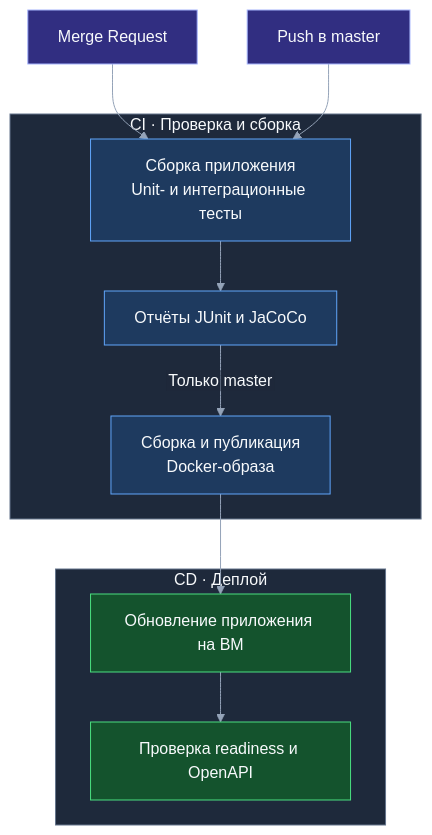
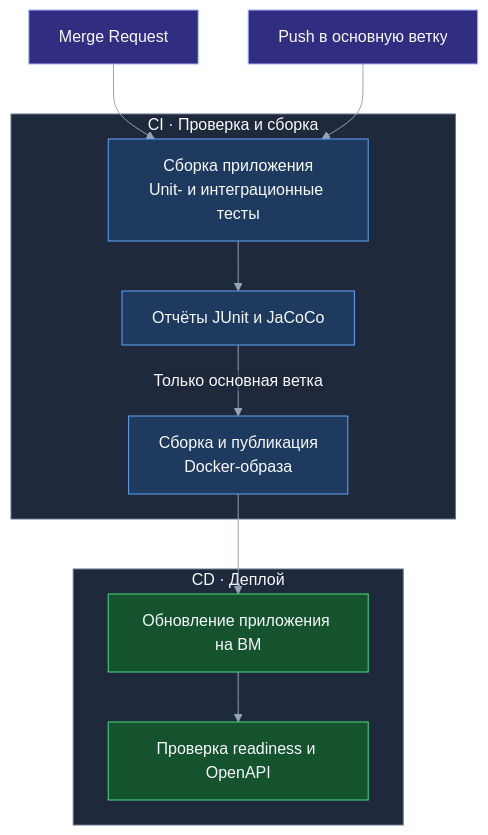
One commit to indx0/PROD-Hack-SPB-Backend-26 changed the diagram in TESTING.md. Above: the diagram before and after it, drawn with Mermaid. The commit also changed other lines of this file and 10 other files, not shown here.

````diff
--- a/TESTING.md
+++ b/TESTING.md
@@ -20,24 +20,24 @@
 ```mermaid
 %%{init: {"theme":"base","themeVariables":{"primaryTextColor":"#f8fafc","textColor":"#f8fafc","lineColor":"#94a3b8","clusterBkg":"#1e293b","clusterBorder":"#64748b","titleColor":"#f8fafc","edgeLabelBackground":"#1e293b"},"flowchart":{"htmlLabels":false}}}%%
 flowchart TD
     MR["Merge Request"] --> Tests
-    Master["Push в master"] --> Tests
+    Main["Push в основную ветку"] --> Tests
 
     subgraph CI["CI · Проверка и сборка"]
         Tests["Сборка приложения<br/>Unit- и интеграционные тесты"] --> Reports["Отчёты JUnit и JaCoCo"]
-        Reports -->|Только master| Image["Сборка и публикация<br/>Docker-образа"]
+        Reports -->|Только основная ветка| Image["Сборка и публикация<br/>Docker-образа"]
     end
 
     subgraph CD["CD · Деплой"]
         Deploy["Обновление приложения на ВМ"] --> Check["Проверка readiness и OpenAPI"]
     end
 
     Image --> Deploy
 
     classDef trigger fill:#312e81,stroke:#a5b4fc,color:#f8fafc
     classDef ci fill:#1e3a5f,stroke:#60a5fa,color:#f8fafc
     classDef cd fill:#14532d,stroke:#4ade80,color:#f8fafc
-    class MR,Master trigger
+    class MR,Main trigger
     class Tests,Reports,Image ci
     class Deploy,Check cd
 ```
````
